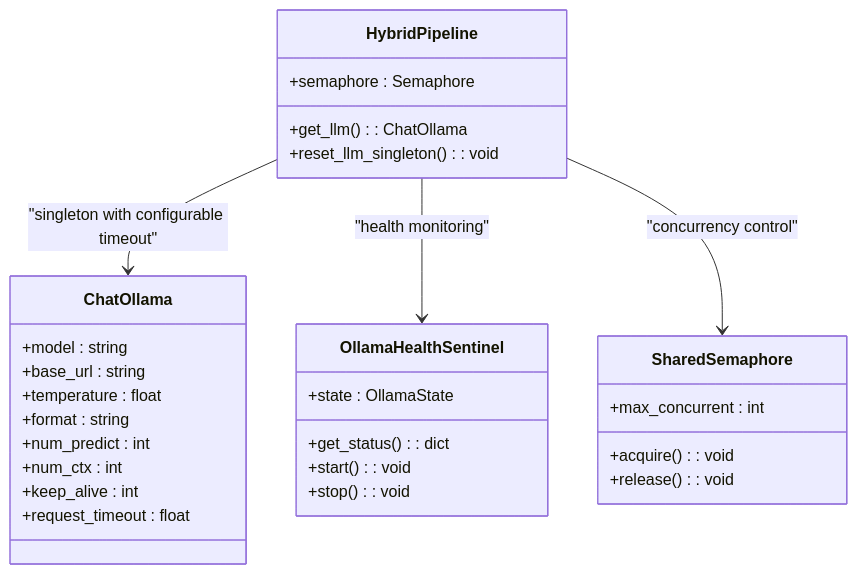
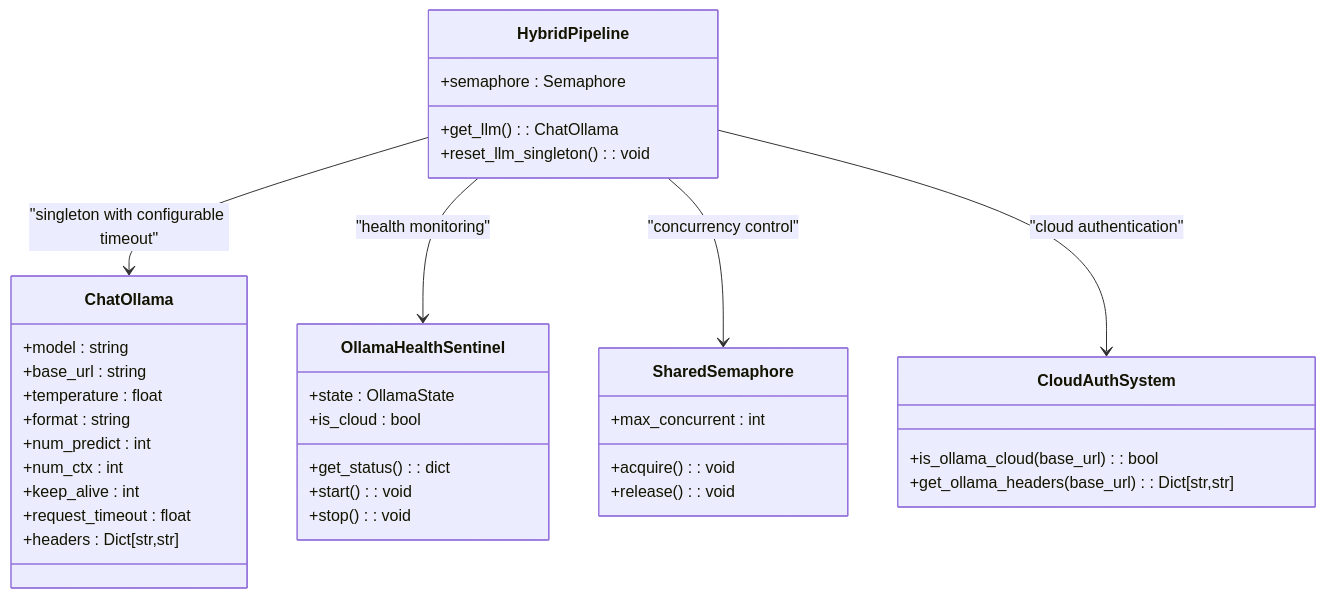
One commit to Revanththetalogics/aireume changed the ninth of 15 diagrams in .qoder/repowiki/en/content/Analysis Engine/LLM Service Integration.md. Above: the diagram before and after it, drawn with Mermaid. The commit also changed other lines of this file and 11 other files, not shown here.

````diff
--- a/.qoder/repowiki/en/content/Analysis Engine/LLM Service Integration.md
+++ b/.qoder/repowiki/en/content/Analysis Engine/LLM Service Integration.md
@@ -404,32 +491,39 @@
 ```mermaid
 classDiagram
 class HybridPipeline {
 +semaphore : Semaphore
 +get_llm() : ChatOllama
 +reset_llm_singleton() : void
 }
 class ChatOllama {
 +model : string
 +base_url : string
 +temperature : float
 +format : string
 +num_predict : int
 +num_ctx : int
 +keep_alive : int
 +request_timeout : float
++headers : Dict[str,str]
 }
 class OllamaHealthSentinel {
 +state : OllamaState
 +get_status() : dict
 +start() : void
 +stop() : void
++is_cloud : bool
 }
 class SharedSemaphore {
 +max_concurrent : int
 +acquire() : void
 +release() : void
 }
+class CloudAuthSystem {
++is_ollama_cloud(base_url) : bool
++get_ollama_headers(base_url) : Dict[str,str]
+}
 HybridPipeline --> ChatOllama : "singleton with configurable timeout"
 HybridPipeline --> OllamaHealthSentinel : "health monitoring"
 HybridPipeline --> SharedSemaphore : "concurrency control"
+HybridPipeline --> CloudAuthSystem : "cloud authentication"
 ```
````
